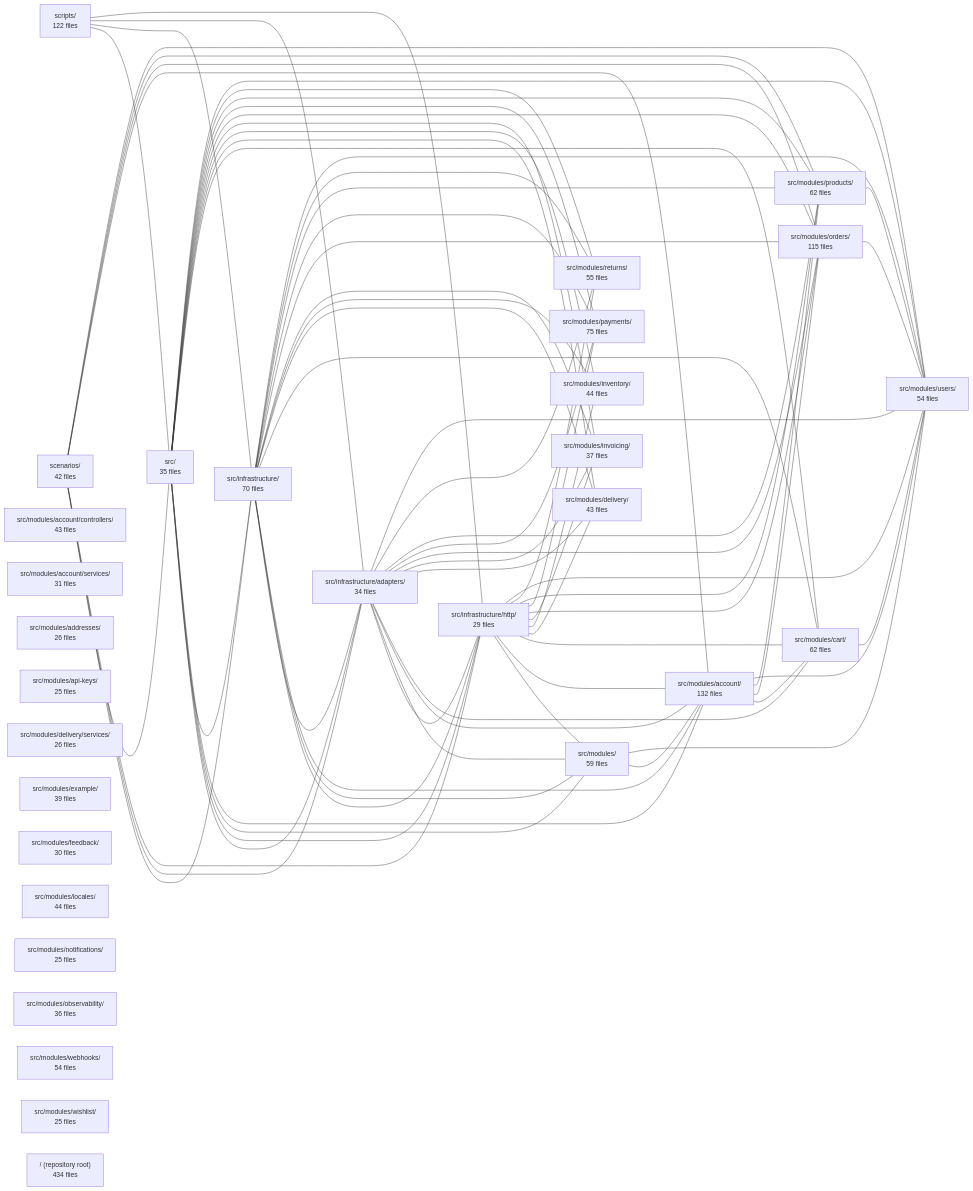
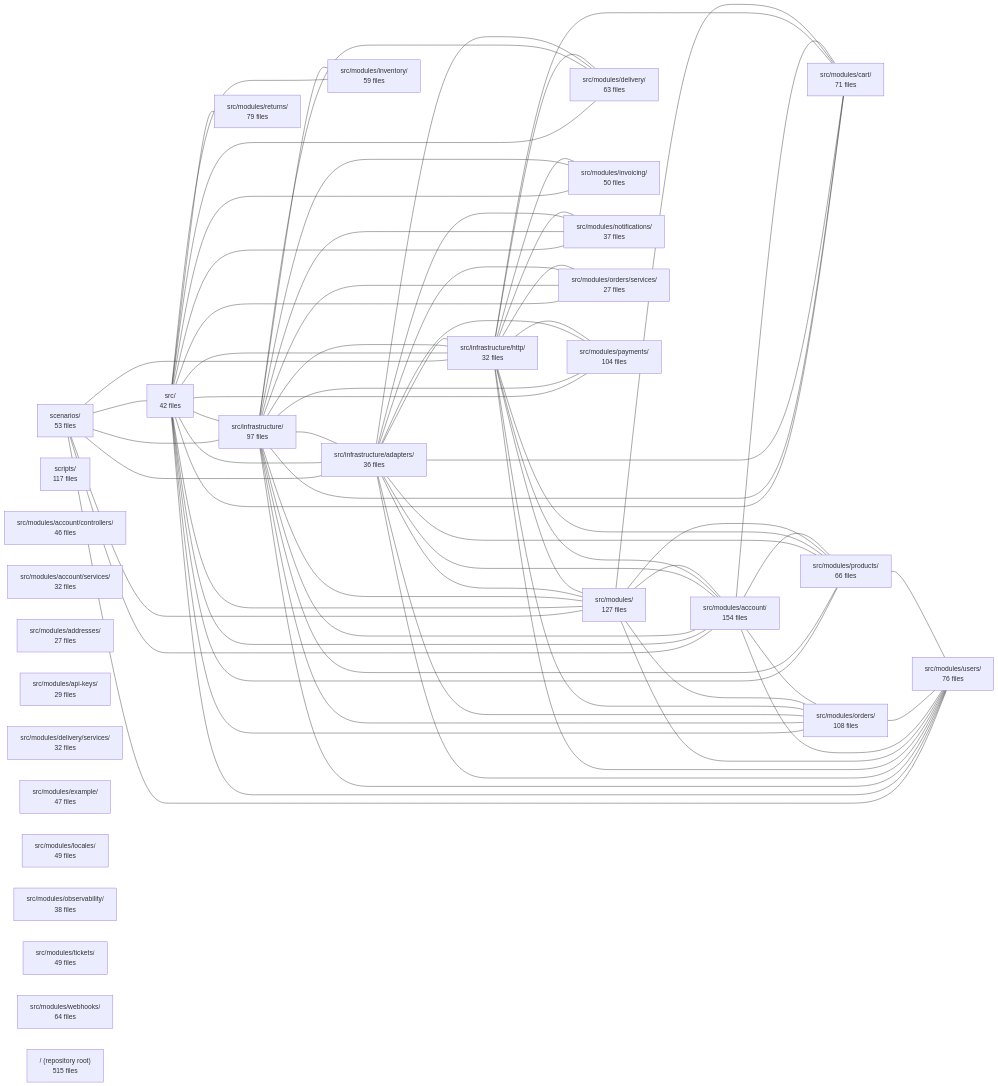
Before and after one commit to Guebbit/boilerplate-node-backend: the diagram in .2brain/modules/boilerplate-node-backend_INDEX.md, drawn with Mermaid. The commit also changed other lines of this file and 1775 other files, not shown here.

````diff
--- a/.2brain/modules/boilerplate-node-backend_INDEX.md
+++ b/.2brain/modules/boilerplate-node-backend_INDEX.md
@@ -16,47 +16,42 @@
 ```mermaid
 flowchart LR
-    m_scenarios["scenarios/<br/>42 files"]
-    m_scripts["scripts/<br/>122 files"]
-    m_src["src/<br/>35 files"]
-    m_src_infrastructure["src/infrastructure/<br/>70 files"]
-    m_src_infrastructure_adapters["src/infrastructure/adapters/<br/>34 files"]
-    m_src_infrastructure_http["src/infrastructure/http/<br/>29 files"]
-    m_src_modules["src/modules/<br/>59 files"]
-    m_src_modules_account["src/modules/account/<br/>132 files"]
-    m_src_modules_account_controllers["src/modules/account/controllers/<br/>43 files"]
-    m_src_modules_account_services["src/modules/account/services/<br/>31 files"]
-    m_src_modules_addresses["src/modules/addresses/<br/>26 files"]
-    m_src_modules_api_keys["src/modules/api-keys/<br/>25 files"]
-    m_src_modules_cart["src/modules/cart/<br/>62 files"]
-    m_src_modules_delivery["src/modules/delivery/<br/>43 files"]
-    m_src_modules_delivery_services["src/modules/delivery/services/<br/>26 files"]
-    m_src_modules_example["src/modules/example/<br/>39 files"]
-    m_src_modules_feedback["src/modules/feedback/<br/>30 files"]
-    m_src_modules_inventory["src/modules/inventory/<br/>44 files"]
-    m_src_modules_invoicing["src/modules/invoicing/<br/>37 files"]
-    m_src_modules_locales["src/modules/locales/<br/>44 files"]
-    m_src_modules_notifications["src/modules/notifications/<br/>25 files"]
-    m_src_modules_observability["src/modules/observability/<br/>36 files"]
-    m_src_modules_orders["src/modules/orders/<br/>115 files"]
-    m_src_modules_payments["src/modules/payments/<br/>75 files"]
-    m_src_modules_products["src/modules/products/<br/>62 files"]
-    m_src_modules_returns["src/modules/returns/<br/>55 files"]
-    m_src_modules_users["src/modules/users/<br/>54 files"]
-    m_src_modules_webhooks["src/modules/webhooks/<br/>54 files"]
-    m_src_modules_wishlist["src/modules/wishlist/<br/>25 files"]
-    m_root["/ (repository root)<br/>434 files"]
+    m_scenarios["scenarios/<br/>53 files"]
+    m_scripts["scripts/<br/>117 files"]
+    m_src["src/<br/>42 files"]
+    m_src_infrastructure["src/infrastructure/<br/>97 files"]
+    m_src_infrastructure_adapters["src/infrastructure/adapters/<br/>36 files"]
+    m_src_infrastructure_http["src/infrastructure/http/<br/>32 files"]
+    m_src_modules["src/modules/<br/>127 files"]
+    m_src_modules_account["src/modules/account/<br/>154 files"]
+    m_src_modules_account_controllers["src/modules/account/controllers/<br/>46 files"]
+    m_src_modules_account_services["src/modules/account/services/<br/>32 files"]
+    m_src_modules_addresses["src/modules/addresses/<br/>27 files"]
+    m_src_modules_api_keys["src/modules/api-keys/<br/>29 files"]
+    m_src_modules_cart["src/modules/cart/<br/>71 files"]
+    m_src_modules_delivery["src/modules/delivery/<br/>63 files"]
+    m_src_modules_delivery_services["src/modules/delivery/services/<br/>32 files"]
+    m_src_modules_example["src/modules/example/<br/>47 files"]
+    m_src_modules_inventory["src/modules/inventory/<br/>59 files"]
+    m_src_modules_invoicing["src/modules/invoicing/<br/>50 files"]
+    m_src_modules_locales["src/modules/locales/<br/>49 files"]
+    m_src_modules_notifications["src/modules/notifications/<br/>37 files"]
+    m_src_modules_observability["src/modules/observability/<br/>38 files"]
+    m_src_modules_orders["src/modules/orders/<br/>108 files"]
+    m_src_modules_orders_services["src/modules/orders/services/<br/>27 files"]
+    m_src_modules_payments["src/modules/payments/<br/>104 files"]
+    m_src_modules_products["src/modules/products/<br/>66 files"]
+    m_src_modules_returns["src/modules/returns/<br/>79 files"]
+    m_src_modules_tickets["src/modules/tickets/<br/>49 files"]
+    m_src_modules_users["src/modules/users/<br/>76 files"]
+    m_src_modules_webhooks["src/modules/webhooks/<br/>64 files"]
+    m_root["/ (repository root)<br/>515 files"]
     m_scenarios --- m_src
     m_scenarios --- m_src_infrastructure
     m_scenarios --- m_src_infrastructure_adapters
     m_scenarios --- m_src_infrastructure_http
+    m_scenarios --- m_src_modules
     m_scenarios --- m_src_modules_account
-    m_scenarios --- m_src_modules_orders
-    m_scenarios --- m_src_modules_products
     m_scenarios --- m_src_modules_users
-    m_scripts --- m_src
-    m_scripts --- m_src_infrastructure
-    m_scripts --- m_src_infrastructure_adapters
-    m_scripts --- m_src_infrastructure_http
     m_src --- m_src_infrastructure
     m_src --- m_src_infrastructure_adapters
     m_src --- m_src_infrastructure_http
@@ -66,7 +61,9 @@
     m_src --- m_src_modules_delivery
     m_src --- m_src_modules_inventory
     m_src --- m_src_modules_invoicing
+    m_src --- m_src_modules_notifications
     m_src --- m_src_modules_orders
+    m_src --- m_src_modules_orders_services
     m_src --- m_src_modules_payments
     m_src --- m_src_modules_products
     m_src --- m_src_modules_returns
@@ -79,40 +76,43 @@
     m_src_infrastructure --- m_src_modules_delivery
     m_src_infrastructure --- m_src_modules_inventory
     m_src_infrastructure --- m_src_modules_invoicing
+    m_src_infrastructure --- m_src_modules_notifications
     m_src_infrastructure --- m_src_modules_orders
+    m_src_infrastructure --- m_src_modules_orders_services
     m_src_infrastructure --- m_src_modules_payments
     m_src_infrastructure --- m_src_modules_products
-    m_src_infrastructure --- m_src_modules_returns
     m_src_infrastructure --- m_src_modules_users
     m_src_infrastructure_adapters --- m_src_infrastructure_http
     m_src_infrastructure_adapters --- m_src_modules
     m_src_infrastructure_adapters --- m_src_modules_account
     m_src_infrastructure_adapters --- m_src_modules_cart
     m_src_infrastructure_adapters --- m_src_modules_delivery
-    m_src_infrastructure_adapters --- m_src_modules_invoicing
+    m_src_infrastructure_adapters --- m_src_modules_notifications
     m_src_infrastructure_adapters --- m_src_modules_orders
+    m_src_infrastructure_adapters --- m_src_modules_orders_services
     m_src_infrastructure_adapters --- m_src_modules_payments
     m_src_infrastructure_adapters --- m_src_modules_products
-    m_src_infrastructure_adapters --- m_src_modules_returns
     m_src_infrastructure_adapters --- m_src_modules_users
     m_src_infrastructure_http --- m_src_modules
     m_src_infrastructure_http --- m_src_modules_account
     m_src_infrastructure_http --- m_src_modules_cart
     m_src_infrastructure_http --- m_src_modules_delivery
-    m_src_infrastructure_http --- m_src_modules_inventory
     m_src_infrastructure_http --- m_src_modules_invoicing
+    m_src_infrastructure_http --- m_src_modules_notifications
     m_src_infrastructure_http --- m_src_modules_orders
+    m_src_infrastructure_http --- m_src_modules_orders_services
     m_src_infrastructure_http --- m_src_modules_payments
     m_src_infrastructure_http --- m_src_modules_products
-    m_src_infrastructure_http --- m_src_modules_returns
     m_src_infrastructure_http --- m_src_modules_users
     m_src_modules --- m_src_modules_account
+    m_src_modules --- m_src_modules_cart
+    m_src_modules --- m_src_modules_orders
+    m_src_modules --- m_src_modules_products
     m_src_modules --- m_src_modules_users
     m_src_modules_account --- m_src_modules_cart
     m_src_modules_account --- m_src_modules_orders
     m_src_modules_account --- m_src_modules_products
     m_src_modules_account --- m_src_modules_users
-    m_src_modules_cart --- m_src_modules_users
     m_src_modules_orders --- m_src_modules_users
     m_src_modules_products --- m_src_modules_users
 ```
````
